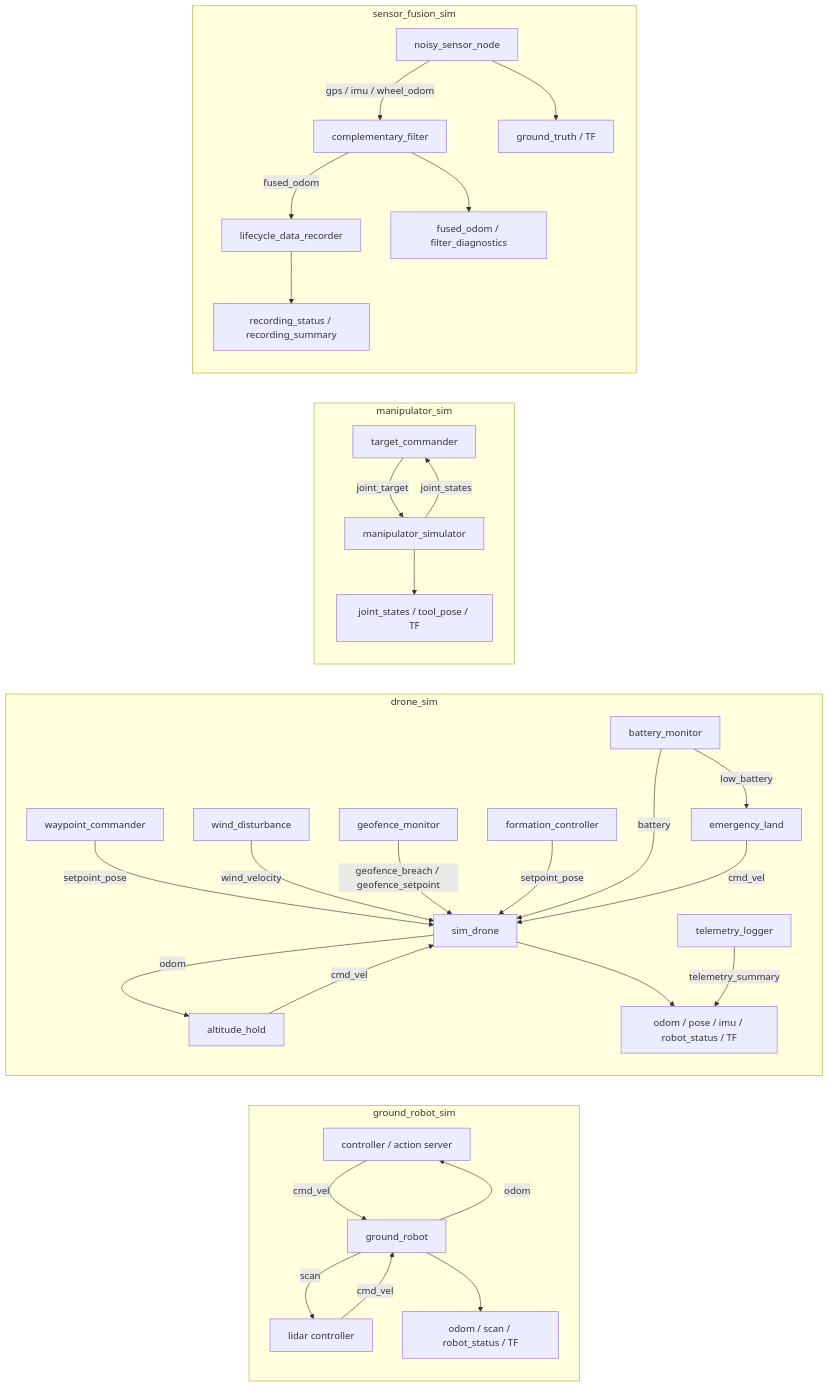
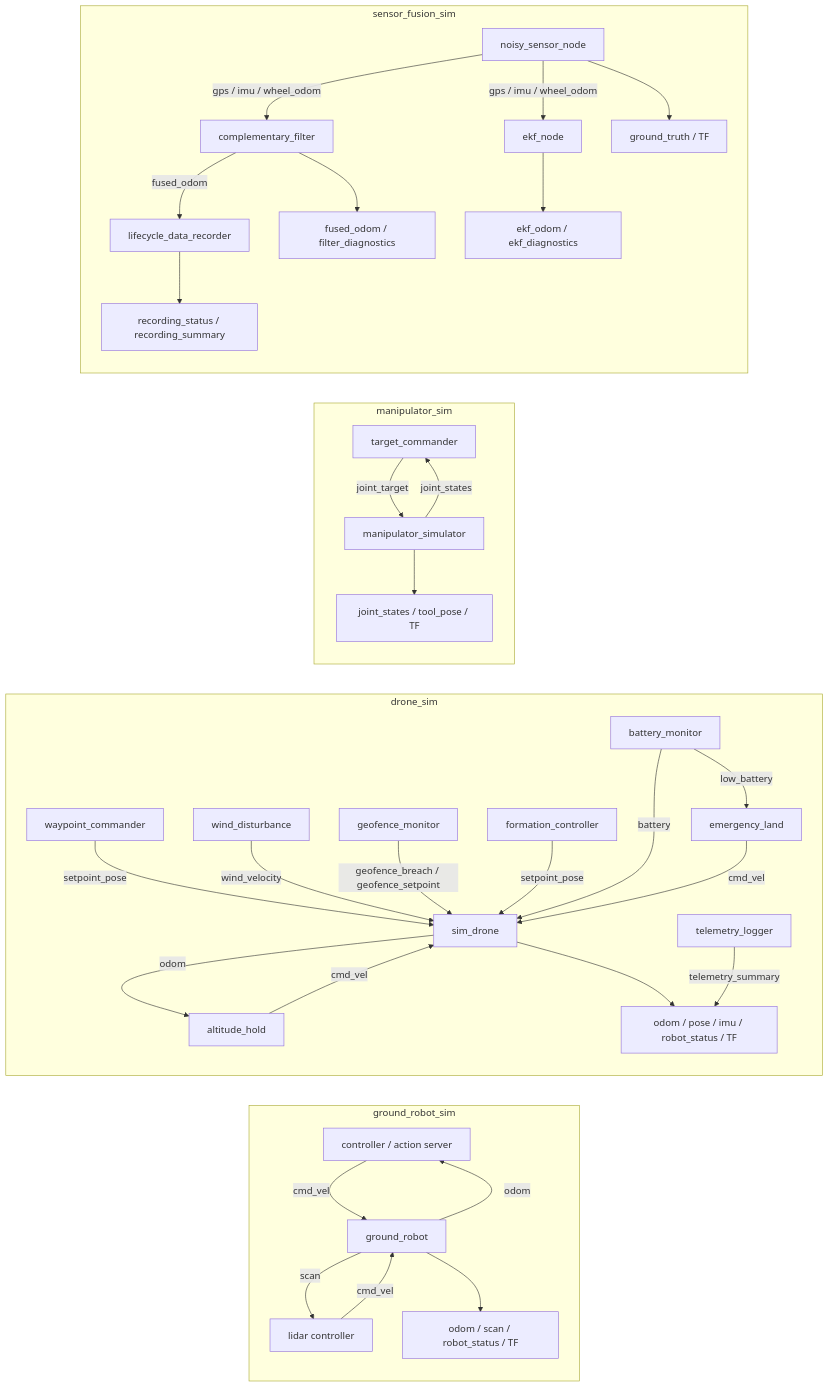
One commit to sj55576/Ros2Sample changed the diagram in docs/implementation_spec.md. Above: the diagram before and after it, drawn with Mermaid. The commit also changed other lines of this file and 2 other files, not shown here.

````diff
--- a/docs/implementation_spec.md
+++ b/docs/implementation_spec.md
@@ -18,38 +18,40 @@
 ```mermaid
 flowchart LR
   subgraph Ground["ground_robot_sim"]
     GC["controller / action server"] -->|cmd_vel| GS["ground_robot"]
     GS -->|odom| GC
     GS -->|scan| LC["lidar controller"]
     LC -->|cmd_vel| GS
     GS --> GOUT["odom / scan / robot_status / TF"]
   end
 
   subgraph Drone["drone_sim"]
     WC["waypoint_commander"] -->|setpoint_pose| DS["sim_drone"]
     AH["altitude_hold"] -->|cmd_vel| DS
     DS -->|odom| AH
     DS --> DOUT["odom / pose / imu / robot_status / TF"]
     WD["wind_disturbance"] -->|wind_velocity| DS
     GM["geofence_monitor"] -->|geofence_breach / geofence_setpoint| DS
     TL["telemetry_logger"] -->|telemetry_summary| DOUT
     FC["formation_controller"] -->|setpoint_pose| DS
     BM["battery_monitor"] -->|battery| DS
     BM -->|low_battery| EL["emergency_land"]
     EL -->|cmd_vel| DS
   end
 
   subgraph Arm["manipulator_sim"]
     TC["target_commander"] -->|joint_target| MS["manipulator_simulator"]
     MS -->|joint_states| TC
     MS --> MOUT["joint_states / tool_pose / TF"]
   end
 
   subgraph Fusion["sensor_fusion_sim"]
     NS["noisy_sensor_node"] -->|gps / imu / wheel_odom| CF["complementary_filter"]
+    NS -->|gps / imu / wheel_odom| EK["ekf_node"]
     CF -->|fused_odom| LR["lifecycle_data_recorder"]
     NS --> FOUT["ground_truth / TF"]
     CF --> FOUT2["fused_odom / filter_diagnostics"]
+    EK --> FOUT3["ekf_odom / ekf_diagnostics"]
     LR --> LOUT["recording_status / recording_summary"]
   end
 ```
````
